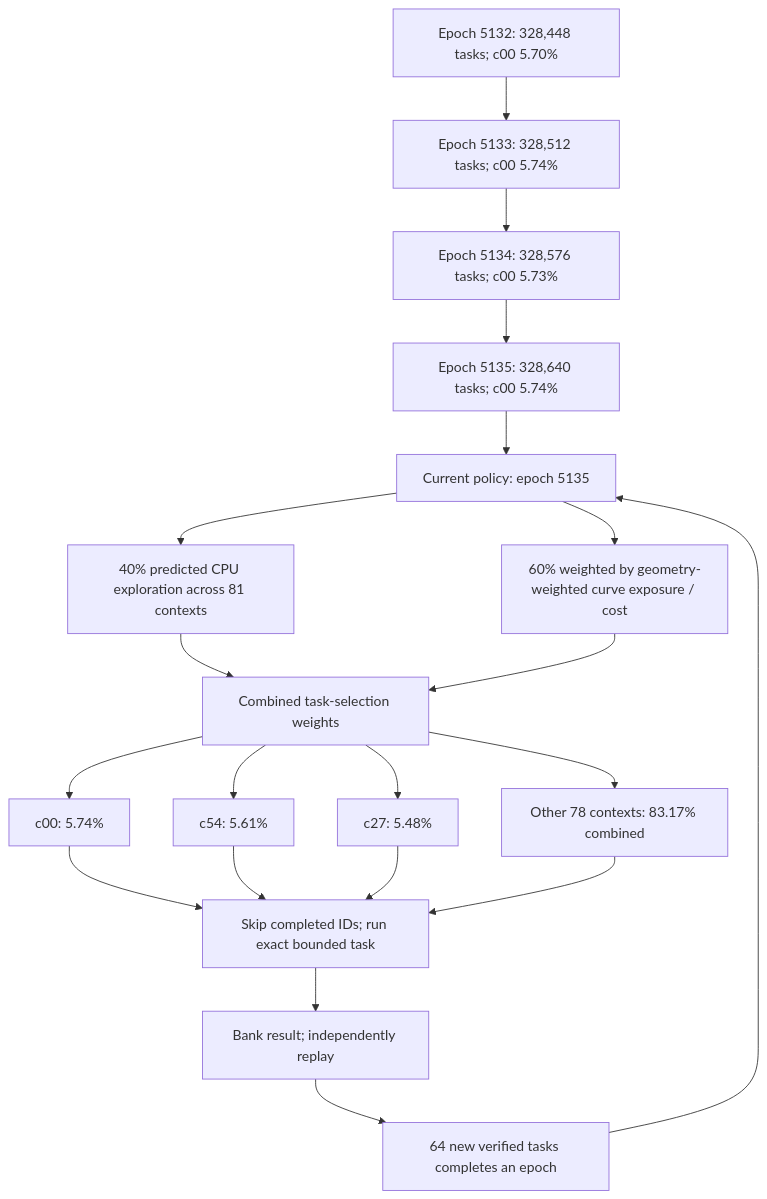
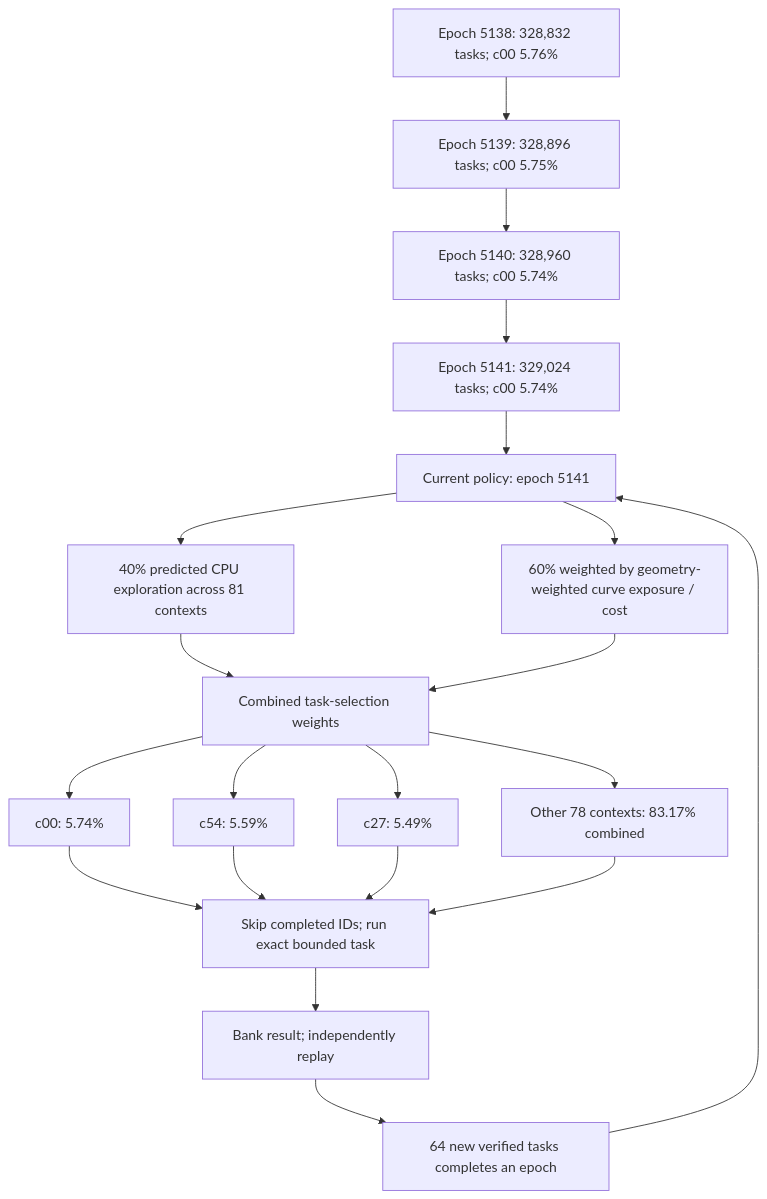
Before and after one commit to Kuberwastaken/math-gambling: the first of 3 diagrams in README.md, drawn with Mermaid. The commit also changed other lines of this file and 1418 other files, not shown here.

````diff
--- a/README.md
+++ b/README.md
@@ -60,27 +60,27 @@
 ```mermaid
 flowchart TD
-    H0["Epoch 5132: 328,448 tasks; c00 5.70%"]
-    H1["Epoch 5133: 328,512 tasks; c00 5.74%"]
+    H0["Epoch 5138: 328,832 tasks; c00 5.76%"]
+    H1["Epoch 5139: 328,896 tasks; c00 5.75%"]
     H0 --> H1
-    H2["Epoch 5134: 328,576 tasks; c00 5.73%"]
+    H2["Epoch 5140: 328,960 tasks; c00 5.74%"]
     H1 --> H2
-    H3["Epoch 5135: 328,640 tasks; c00 5.74%"]
+    H3["Epoch 5141: 329,024 tasks; c00 5.74%"]
     H2 --> H3
-    Policy["Current policy: epoch 5135"]
+    Policy["Current policy: epoch 5141"]
     H3 --> Policy
     Policy --> Explore["40% predicted CPU exploration across 81 contexts"]
     Policy --> Cost["60% weighted by geometry-weighted curve exposure / cost"]
     Explore --> Mix["Combined task-selection weights"]
     Cost --> Mix
     Mix --> C0["c00: 5.74%"]
-    Mix --> C1["c54: 5.61%"]
-    Mix --> C2["c27: 5.48%"]
+    Mix --> C1["c54: 5.59%"]
+    Mix --> C2["c27: 5.49%"]
     Mix --> Rest["Other 78 contexts: 83.17% combined"]
     C0 --> Check["Skip completed IDs; run exact bounded task"]
     C1 --> Check
     C2 --> Check
     Rest --> Check
     Check --> Replay["Bank result; independently replay"]
     Replay --> Gate["64 new verified tasks completes an epoch"]
     Gate --> Policy
 ```
````
